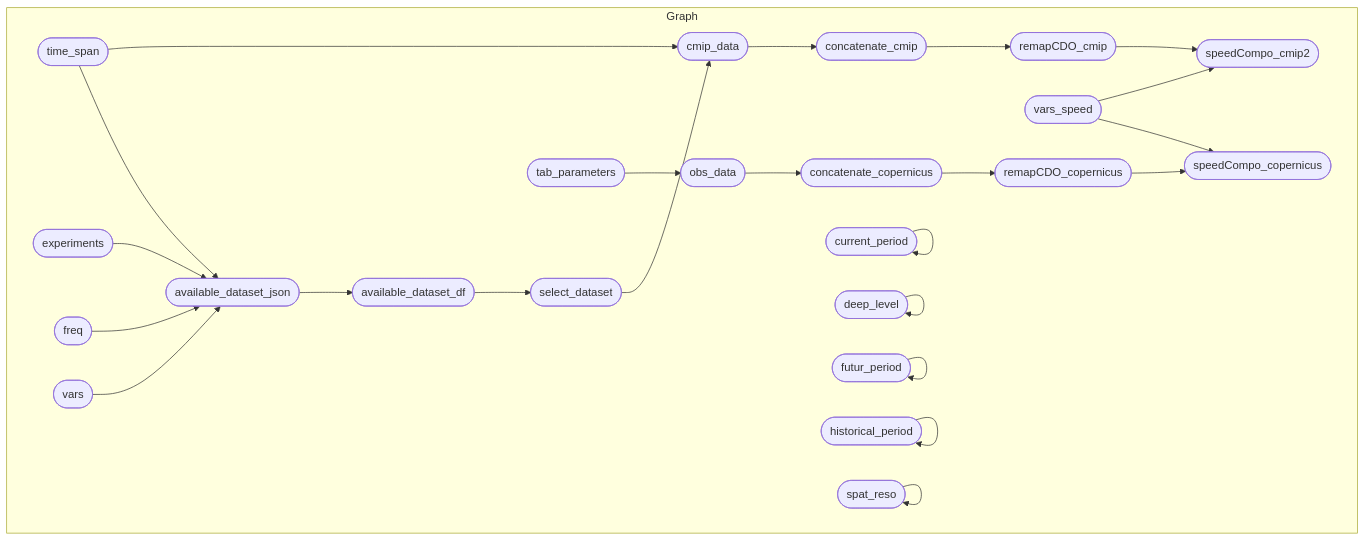
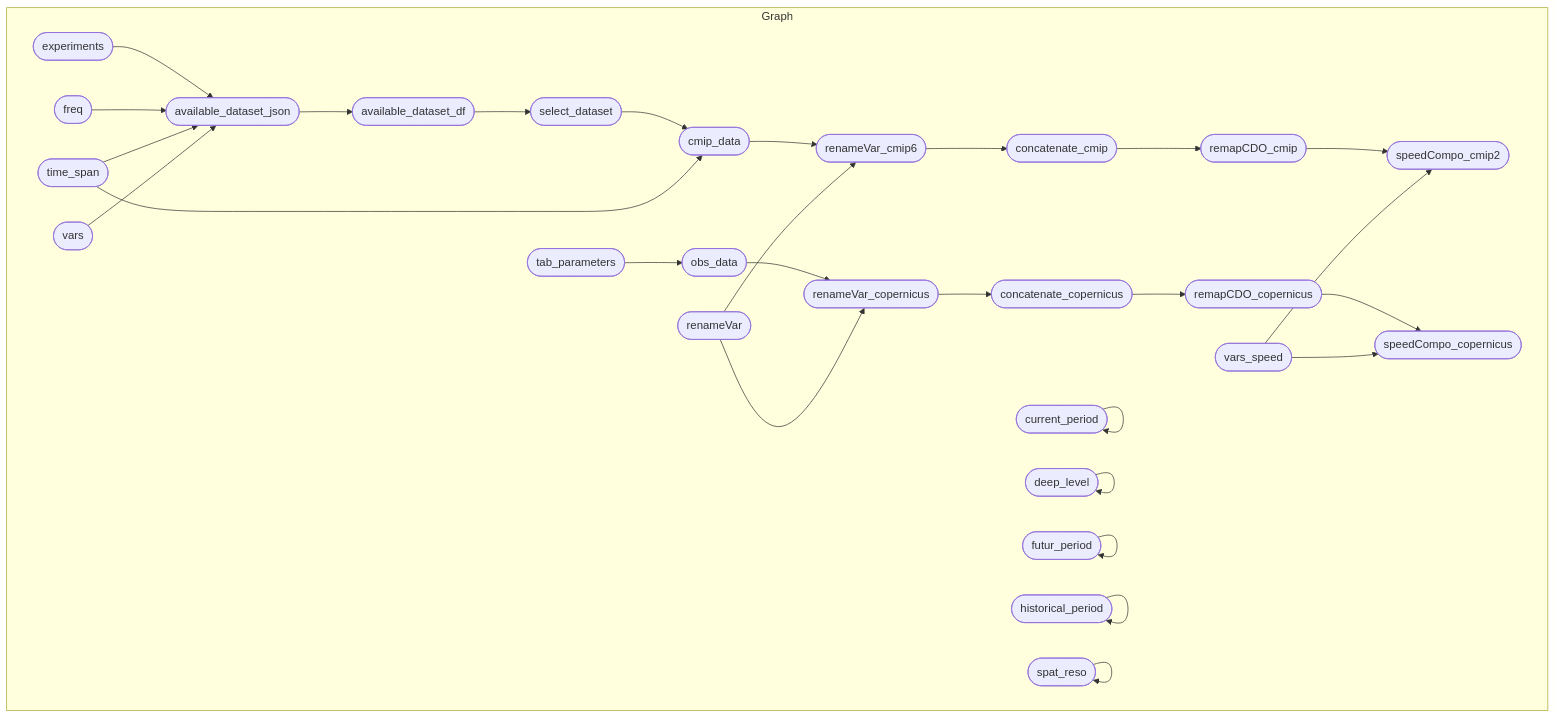
One commit to r-fernandezz/downshape changed the diagram in README.md. Above: the diagram before and after it, drawn with Mermaid. The commit also changed other lines of this file and 3 other files, not shown here.

Commit message:
✨ NEW FEATURE: add renameVar function into pipeline

````diff
--- a/README.md
+++ b/README.md
@@ -22,28 +22,32 @@
 ``` mermaid
 graph LR
   subgraph Graph
     direction LR
-    x6fcf9b0e7fc429ff(["available_dataset_json"]):::outdated --> xe895740a9b7896f7(["available_dataset_df"]):::outdated
+    x9289bfb53112cf3b(["concatenate_copernicus"]):::outdated --> xec6283d15a25ed08(["remapCDO_copernicus"]):::outdated
+    xd2508c5b4a2cb302(["renameVar_cmip6"]):::outdated --> x4fe875b2492d0106(["concatenate_cmip"]):::outdated
     x4fe875b2492d0106(["concatenate_cmip"]):::outdated --> xf4b49e2ba07661b1(["remapCDO_cmip"]):::outdated
-    xd8e5f2013a341013(["cmip_data"]):::outdated --> x4fe875b2492d0106(["concatenate_cmip"]):::outdated
+    xe44467b2b079fc18(["renameVar_copernicus"]):::outdated --> x9289bfb53112cf3b(["concatenate_copernicus"]):::outdated
+    xd7bca5ba4e5f539d(["obs_data"]):::outdated --> xe44467b2b079fc18(["renameVar_copernicus"]):::outdated
+    xd15c82dcb79a7c2e(["renameVar"]):::outdated --> xe44467b2b079fc18(["renameVar_copernicus"]):::outdated
+    xac02e5e58926353b(["experiments"]):::uptodate --> x6fcf9b0e7fc429ff(["available_dataset_json"]):::uptodate
+    x906e78a8df9f52cb(["freq"]):::uptodate --> x6fcf9b0e7fc429ff(["available_dataset_json"]):::uptodate
+    x2c0118dd07b06ac8(["time_span"]):::uptodate --> x6fcf9b0e7fc429ff(["available_dataset_json"]):::uptodate
+    x8f15ec77b8dbd81a(["vars"]):::uptodate --> x6fcf9b0e7fc429ff(["available_dataset_json"]):::uptodate
+    x4301c707c2ab0cdc(["tab_parameters"]):::uptodate --> xd7bca5ba4e5f539d(["obs_data"]):::outdated
+    xf4b49e2ba07661b1(["remapCDO_cmip"]):::outdated --> x0a3d6e672db943e2(["speedCompo_cmip2"]):::outdated
+    xca459201a27e8460(["vars_speed"]):::outdated --> x0a3d6e672db943e2(["speedCompo_cmip2"]):::outdated
+    x6fcf9b0e7fc429ff(["available_dataset_json"]):::uptodate --> xe895740a9b7896f7(["available_dataset_df"]):::uptodate
+    xec6283d15a25ed08(["remapCDO_copernicus"]):::outdated --> xfc6ed28680e5db72(["speedCompo_copernicus"]):::errored
+    xca459201a27e8460(["vars_speed"]):::outdated --> xfc6ed28680e5db72(["speedCompo_copernicus"]):::errored
+    xe895740a9b7896f7(["available_dataset_df"]):::uptodate --> x3f5ab24ee8d242b4(["select_dataset"]):::outdated
+    xd8e5f2013a341013(["cmip_data"]):::outdated --> xd2508c5b4a2cb302(["renameVar_cmip6"]):::outdated
+    xd15c82dcb79a7c2e(["renameVar"]):::outdated --> xd2508c5b4a2cb302(["renameVar_cmip6"]):::outdated
     x3f5ab24ee8d242b4(["select_dataset"]):::outdated --> xd8e5f2013a341013(["cmip_data"]):::outdated
     x2c0118dd07b06ac8(["time_span"]):::uptodate --> xd8e5f2013a341013(["cmip_data"]):::outdated
-    xac02e5e58926353b(["experiments"]):::uptodate --> x6fcf9b0e7fc429ff(["available_dataset_json"]):::outdated
-    x906e78a8df9f52cb(["freq"]):::uptodate --> x6fcf9b0e7fc429ff(["available_dataset_json"]):::outdated
-    x2c0118dd07b06ac8(["time_span"]):::uptodate --> x6fcf9b0e7fc429ff(["available_dataset_json"]):::outdated
-    x8f15ec77b8dbd81a(["vars"]):::uptodate --> x6fcf9b0e7fc429ff(["available_dataset_json"]):::outdated
-    xf4b49e2ba07661b1(["remapCDO_cmip"]):::outdated --> x0a3d6e672db943e2(["speedCompo_cmip2"]):::outdated
-    xca459201a27e8460(["vars_speed"]):::uptodate --> x0a3d6e672db943e2(["speedCompo_cmip2"]):::outdated
-    xe895740a9b7896f7(["available_dataset_df"]):::outdated --> x3f5ab24ee8d242b4(["select_dataset"]):::outdated
-    x9289bfb53112cf3b(["concatenate_copernicus"]):::outdated --> xec6283d15a25ed08(["remapCDO_copernicus"]):::outdated
-    xec6283d15a25ed08(["remapCDO_copernicus"]):::outdated --> xfc6ed28680e5db72(["speedCompo_copernicus"]):::outdated
-    xca459201a27e8460(["vars_speed"]):::uptodate --> xfc6ed28680e5db72(["speedCompo_copernicus"]):::outdated
-    xd7bca5ba4e5f539d(["obs_data"]):::started --> x9289bfb53112cf3b(["concatenate_copernicus"]):::outdated
-    x4301c707c2ab0cdc(["tab_parameters"]):::uptodate --> xd7bca5ba4e5f539d(["obs_data"]):::started
     x084994fb0e480676(["current_period"]):::uptodate --> x084994fb0e480676(["current_period"]):::uptodate
     x625f066a5f205ec8(["deep_level"]):::uptodate --> x625f066a5f205ec8(["deep_level"]):::uptodate
     xbce5cad1cf7e7103(["futur_period"]):::uptodate --> xbce5cad1cf7e7103(["futur_period"]):::uptodate
     x57dd1d5e854c11b6(["historical_period"]):::uptodate --> x57dd1d5e854c11b6(["historical_period"]):::uptodate
     xe73cbbcc20086ecd(["spat_reso"]):::uptodate --> xe73cbbcc20086ecd(["spat_reso"]):::uptodate
   end
 ```
````
